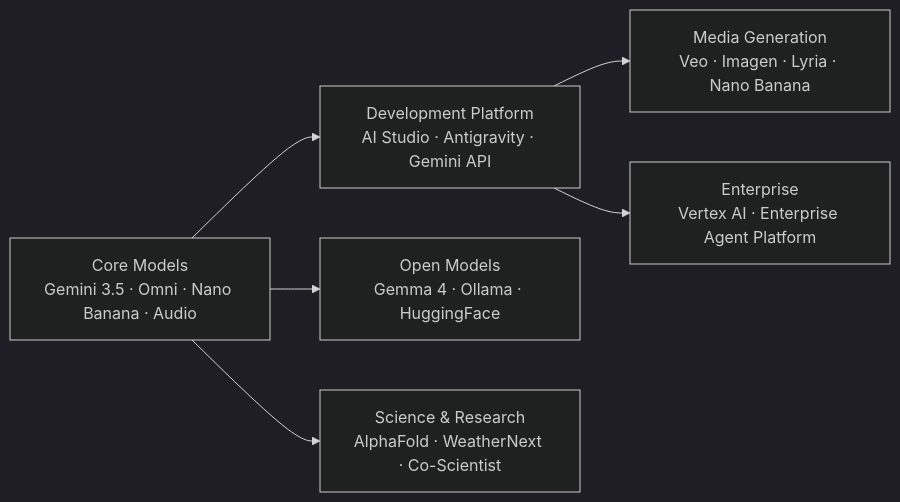
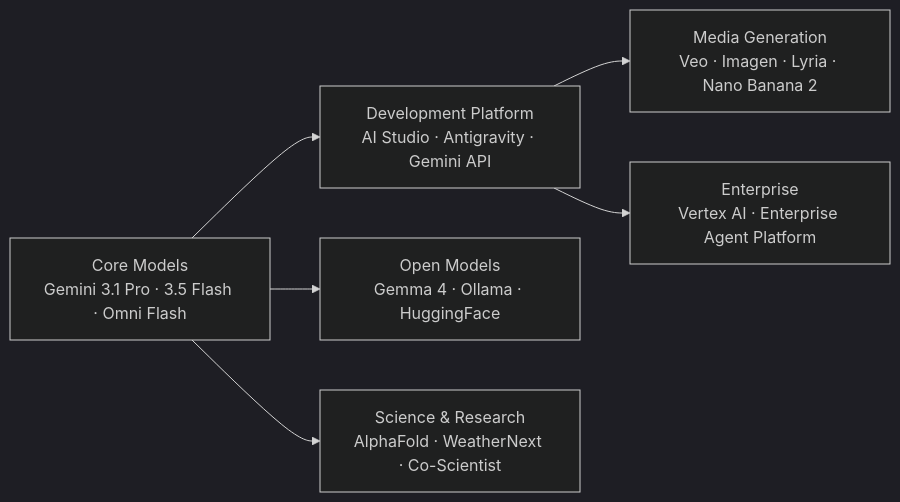
The diagram in src/content/docs/deepmind/index.mdx (shubhamag91/ai-playbook), drawn with Mermaid (dark theme) before and after one commit. The commit also changed other lines of this file and 9 other files, not shown here.

First line of the commit message:
Vendor pages: fix Gemini lineup, GPT-5.4 nano, Gemma license

````diff
--- a/src/content/docs/deepmind/index.mdx
+++ b/src/content/docs/deepmind/index.mdx
@@ -30,8 +30,8 @@
 ```mermaid
 flowchart LR
-    A["Core Models\nGemini 3.5 · Omni · Nano Banana · Audio"] --> B["Development Platform\nAI Studio · Antigravity · Gemini API"]
-    B --> C["Media Generation\nVeo · Imagen · Lyria · Nano Banana"]
+    A["Core Models\nGemini 3.1 Pro · 3.5 Flash · Omni Flash"] --> B["Development Platform\nAI Studio · Antigravity · Gemini API"]
+    B --> C["Media Generation\nVeo · Imagen · Lyria · Nano Banana 2"]
     B --> D["Enterprise\nVertex AI · Enterprise Agent Platform"]
     A --> E["Open Models\nGemma 4 · Ollama · HuggingFace"]
     A --> F["Science & Research\nAlphaFold · WeatherNext · Co-Scientist"]
 ```
````
